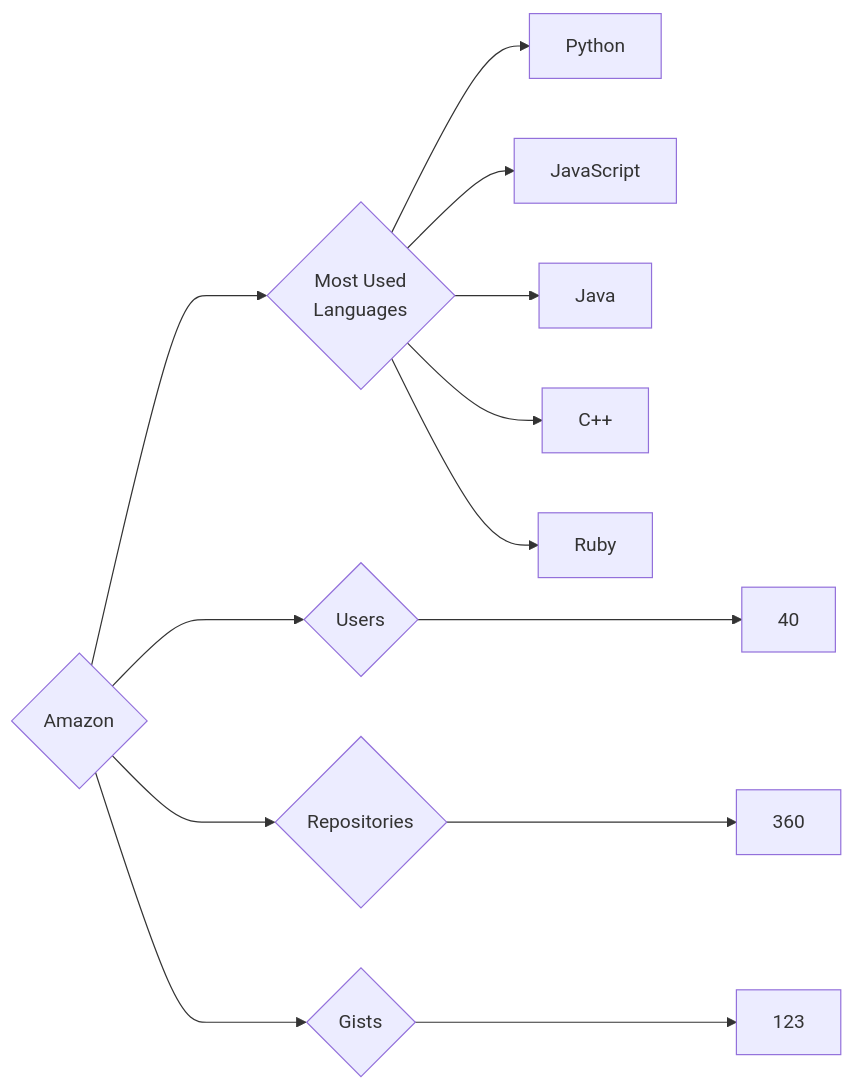
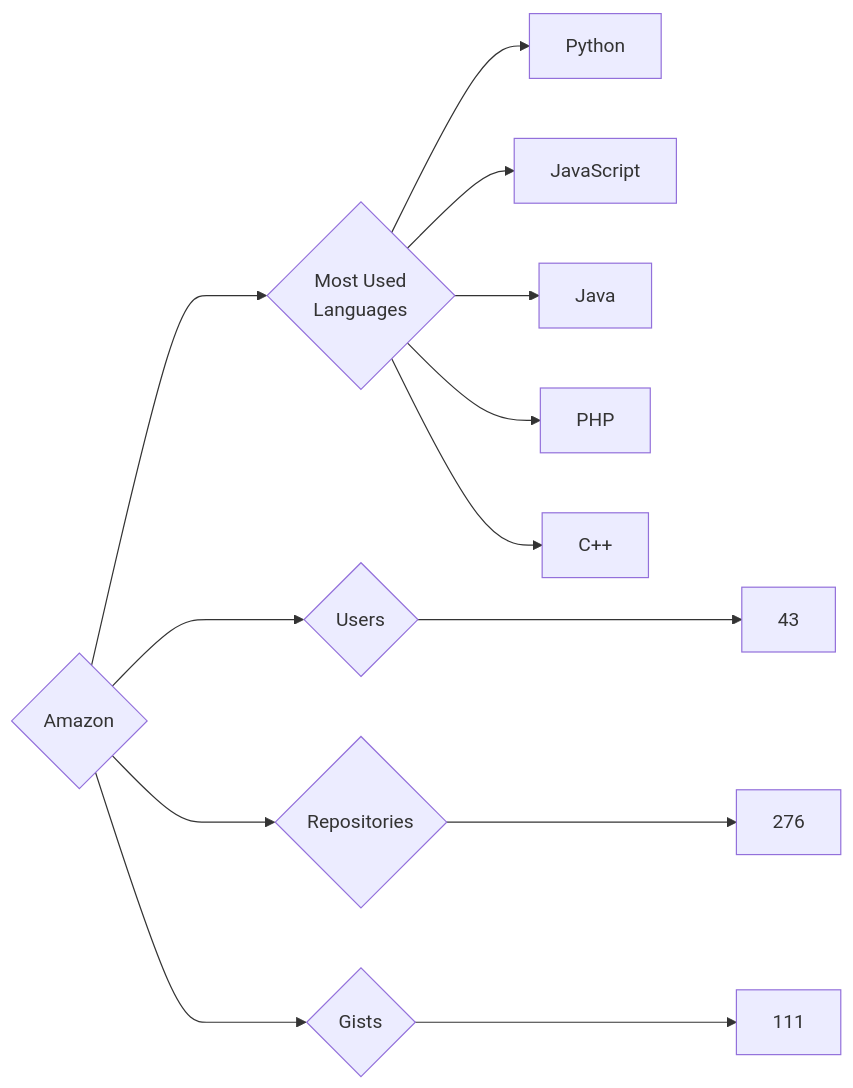
Before and after one commit to trickest/insiders: the diagram in targets/Amazon/README.md, drawn with Mermaid. The commit also changed 845 other files, not shown here.

````diff
--- a/targets/Amazon/README.md
+++ b/targets/Amazon/README.md
@@ -3,13 +3,13 @@
 ```mermaid
 graph LR
 COMPANY_NAME{Amazon}
-COMPANY_NAME ---> U{Users} ---> UN[40]
-COMPANY_NAME ---> R{Repositories} ---> RN[360]
-COMPANY_NAME ---> G{Gists} ---> GN[123]
+COMPANY_NAME ---> U{Users} ---> UN[43]
+COMPANY_NAME ---> R{Repositories} ---> RN[276]
+COMPANY_NAME ---> G{Gists} ---> GN[111]
 COMPANY_NAME ---> ML{Most Used<br>Languages}
 ML --> Python[Python]
 ML --> JavaScript[JavaScript]
 ML --> Java[Java]
+ML --> PHP[PHP]
 ML --> C++[C++]
-ML --> Ruby[Ruby]
 ```
````
